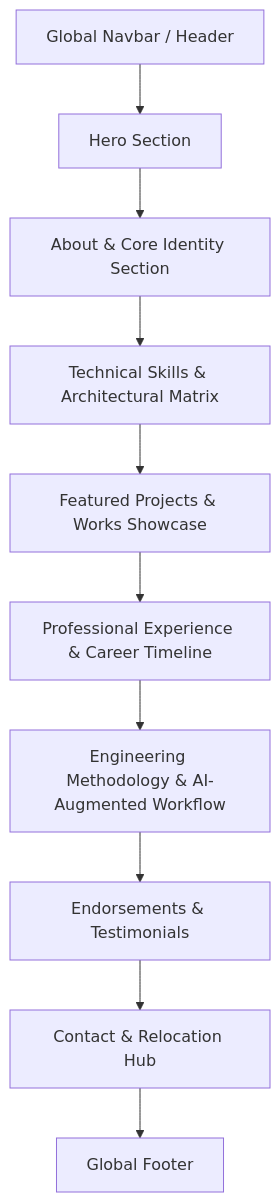
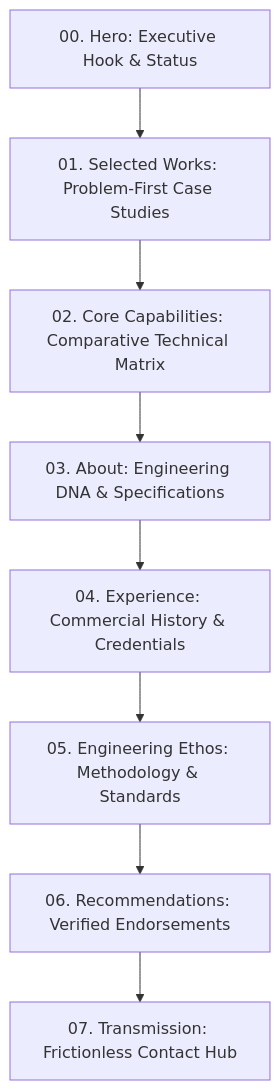
Before and after one commit to khSafvan/safvan-dev: the diagram in docs/plan.md, drawn with Mermaid. The commit also changed other lines of this file and 6 other files, not shown here.

````diff
--- a/docs/plan.md
+++ b/docs/plan.md
@@ -51,12 +27,10 @@
 ```mermaid
 graph TD
-  A[Global Navbar / Header] --> B[Hero Section]
-  B --> C[About & Core Identity Section]
-  C --> D[Technical Skills & Architectural Matrix]
-  D --> E[Featured Projects & Works Showcase]
-  E --> F[Professional Experience & Career Timeline]
-  F --> G[Engineering Methodology & AI-Augmented Workflow]
-  G --> H[Endorsements & Testimonials]
-  H --> I[Contact & Relocation Hub]
-  I --> J[Global Footer]
+  S0[00. Hero: Executive Hook & Status] --> S1[01. Selected Works: Problem-First Case Studies]
+  S1 --> S2[02. Core Capabilities: Comparative Technical Matrix]
+  S2 --> S3[03. About: Engineering DNA & Specifications]
+  S3 --> S4[04. Experience: Commercial History & Credentials]
+  S4 --> S5[05. Engineering Ethos: Methodology & Standards]
+  S5 --> S6[06. Recommendations: Verified Endorsements]
+  S6 --> S7[07. Transmission: Frictionless Contact Hub]
 ```
````
